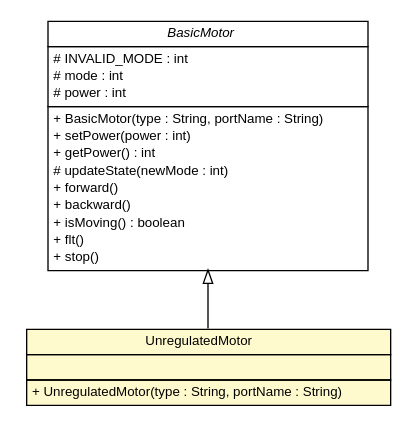
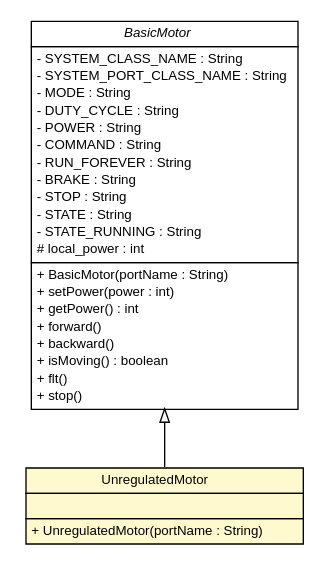
The diagram in docs/api/ev3dev/hardware/motor/UnregulatedMotor.dot (DMyTryC/ev3dev-lang-java), drawn with Graphviz before and after one commit. The commit also changed 477 other files, not shown here.

```diff
--- a/docs/api/ev3dev/hardware/motor/UnregulatedMotor.dot
+++ b/docs/api/ev3dev/hardware/motor/UnregulatedMotor.dot
@@ -1,48 +1,56 @@
 #!/usr/local/bin/dot
 #
 # Class diagram 
 # Generated by UMLGraph version R5_6-24-gf6e263 (http://www.umlgraph.org/)
 #
 
 digraph G {
 	edge [fontname="Helvetica",fontsize=10,labelfontname="Helvetica",labelfontsize=10];
 	node [fontname="Helvetica",fontsize=10,shape=plaintext];
 	nodesep=0.25;
 	ranksep=0.5;
 	// ev3dev.hardware.motor.BasicMotor
-	c3789 [label=<<table title="ev3dev.hardware.motor.BasicMotor" border="0" cellborder="1" cellspacing="0" cellpadding="2" port="p" href="./BasicMotor.html">
+	c6080 [label=<<table title="ev3dev.hardware.motor.BasicMotor" border="0" cellborder="1" cellspacing="0" cellpadding="2" port="p" href="./BasicMotor.html">
 		<tr><td><table border="0" cellspacing="0" cellpadding="1">
 <tr><td align="center" balign="center"><font face="Helvetica-Oblique"> BasicMotor </font></td></tr>
 		</table></td></tr>
 		<tr><td><table border="0" cellspacing="0" cellpadding="1">
-<tr><td align="left" balign="left"> # INVALID_MODE : int </td></tr>
-<tr><td align="left" balign="left"> # mode : int </td></tr>
-<tr><td align="left" balign="left"> # power : int </td></tr>
+<tr><td align="left" balign="left"> - SYSTEM_CLASS_NAME : String </td></tr>
+<tr><td align="left" balign="left"> - SYSTEM_PORT_CLASS_NAME : String </td></tr>
+<tr><td align="left" balign="left"> - MODE : String </td></tr>
+<tr><td align="left" balign="left"> - DUTY_CYCLE : String </td></tr>
+<tr><td align="left" balign="left"> - POWER : String </td></tr>
+<tr><td align="left" balign="left"> - COMMAND : String </td></tr>
+<tr><td align="left" balign="left"> - RUN_FOREVER : String </td></tr>
+<tr><td align="left" balign="left"> - BRAKE : String </td></tr>
+<tr><td align="left" balign="left"> - STOP : String </td></tr>
+<tr><td align="left" balign="left"> - STATE : String </td></tr>
+<tr><td align="left" balign="left"> - STATE_RUNNING : String </td></tr>
+<tr><td align="left" balign="left"> # local_power : int </td></tr>
 		</table></td></tr>
 		<tr><td><table border="0" cellspacing="0" cellpadding="1">
-<tr><td align="left" balign="left"> + BasicMotor(type : String, portName : String) </td></tr>
+<tr><td align="left" balign="left"> + BasicMotor(portName : String) </td></tr>
 <tr><td align="left" balign="left"> + setPower(power : int) </td></tr>
 <tr><td align="left" balign="left"> + getPower() : int </td></tr>
-<tr><td align="left" balign="left"> # updateState(newMode : int) </td></tr>
 <tr><td align="left" balign="left"> + forward() </td></tr>
 <tr><td align="left" balign="left"> + backward() </td></tr>
 <tr><td align="left" balign="left"> + isMoving() : boolean </td></tr>
 <tr><td align="left" balign="left"> + flt() </td></tr>
 <tr><td align="left" balign="left"> + stop() </td></tr>
 		</table></td></tr>
 		</table>>, URL="./BasicMotor.html", fontname="Helvetica", fontcolor="black", fontsize=10.0];
 	// ev3dev.hardware.motor.UnregulatedMotor
-	c3793 [label=<<table title="ev3dev.hardware.motor.UnregulatedMotor" border="0" cellborder="1" cellspacing="0" cellpadding="2" port="p" bgcolor="lemonChiffon" href="./UnregulatedMotor.html">
+	c6084 [label=<<table title="ev3dev.hardware.motor.UnregulatedMotor" border="0" cellborder="1" cellspacing="0" cellpadding="2" port="p" bgcolor="lemonChiffon" href="./UnregulatedMotor.html">
 		<tr><td><table border="0" cellspacing="0" cellpadding="1">
 <tr><td align="center" balign="center"> UnregulatedMotor </td></tr>
 		</table></td></tr>
 		<tr><td><table border="0" cellspacing="0" cellpadding="1">
 <tr><td align="left" balign="left">  </td></tr>
 		</table></td></tr>
 		<tr><td><table border="0" cellspacing="0" cellpadding="1">
-<tr><td align="left" balign="left"> + UnregulatedMotor(type : String, portName : String) </td></tr>
+<tr><td align="left" balign="left"> + UnregulatedMotor(portName : String) </td></tr>
 		</table></td></tr>
 		</table>>, URL="./UnregulatedMotor.html", fontname="Helvetica", fontcolor="black", fontsize=10.0];
 	//ev3dev.hardware.motor.UnregulatedMotor extends ev3dev.hardware.motor.BasicMotor
-	c3789:p -> c3793:p [dir=back,arrowtail=empty];
+	c6080:p -> c6084:p [dir=back,arrowtail=empty];
 }
```
